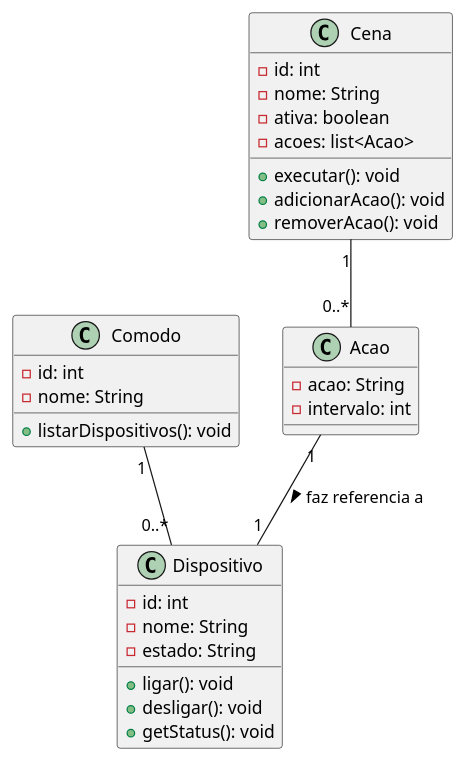
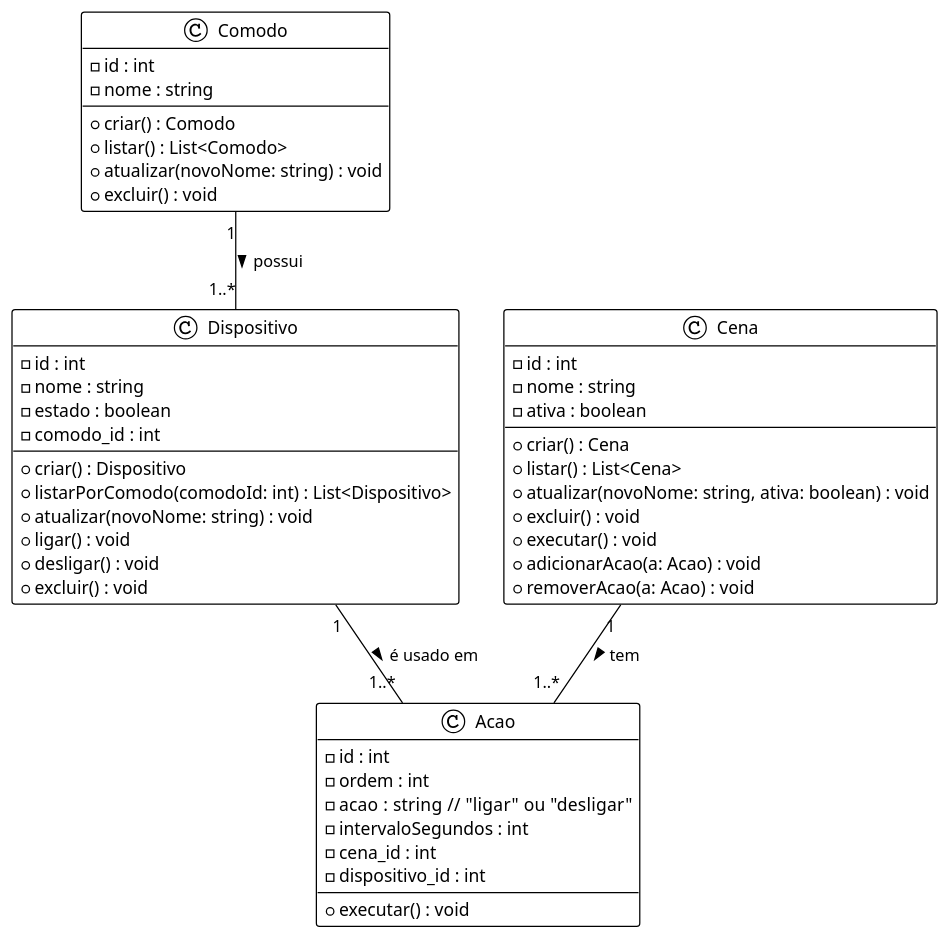
The diagram in docs/classes.puml (LincolnMatheus97/controle-domotica), drawn with PlantUML before and after one commit.

Commit message:
:books: docs: Atualiza a documentação do diagrama de classe do sistema

```diff
--- a/docs/classes.puml
+++ b/docs/classes.puml
@@ -1,41 +1,56 @@
-@startuml Diagrama de Classes - Controle de Domótica
+@startuml - Diagrama de Classe
+!theme plain
 
 class Comodo {
-    - id: int
-    - nome: String
-    
-    + listarDispositivos(): void
+  - id : int
+  - nome : string
+  --
+  + criar() : Comodo
+  + listar() : List<Comodo>
+  + atualizar(novoNome: string) : void
+  + excluir() : void
 }
 
 class Dispositivo {
-    - id: int
-    - nome: String
-    - estado: String
+  - id : int
+  - nome : string
+  - estado : boolean
+  - comodo_id : int
+  --
+  + criar() : Dispositivo
+  + listarPorComodo(comodoId: int) : List<Dispositivo>
+  + atualizar(novoNome: string) : void
+  + ligar() : void
+  + desligar() : void
+  + excluir() : void
+}
 
-    + ligar(): void
-    + desligar(): void
-    + getStatus(): void
+class Cena {
+  - id : int
+  - nome : string
+  - ativa : boolean
+  --
+  + criar() : Cena
+  + listar() : List<Cena>
+  + atualizar(novoNome: string, ativa: boolean) : void
+  + excluir() : void
+  + executar() : void
+  + adicionarAcao(a: Acao) : void
+  + removerAcao(a: Acao) : void
 }
 
 class Acao {
-    - acao: String
-    - intervalo: int
+  - id : int
+  - ordem : int
+  - acao : string   // "ligar" ou "desligar"
+  - intervaloSegundos : int
+  - cena_id : int
+  - dispositivo_id : int
+  --
+  + executar() : void
 }
 
-class Cena {
-    - id: int
-    - nome: String
-    - ativa: boolean
-    - acoes: list<Acao>
-
-    + executar(): void
-    + adicionarAcao(): void
-    + removerAcao(): void
-}
-
-' -- Relacionamentos -- '
-Comodo "1" -- "0..*" Dispositivo
-Cena "1" -- "0..*" Acao
-Acao "1" -- "1" Dispositivo: faz referencia a >
-
+Comodo "1" -- "1..*" Dispositivo : possui >
+Cena "1" -- "1..*" Acao : tem >
+Dispositivo "1" -- "1..*" Acao : é usado em >
 @enduml
```
